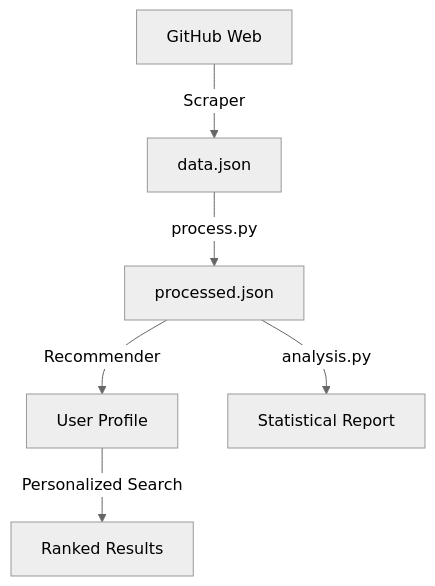
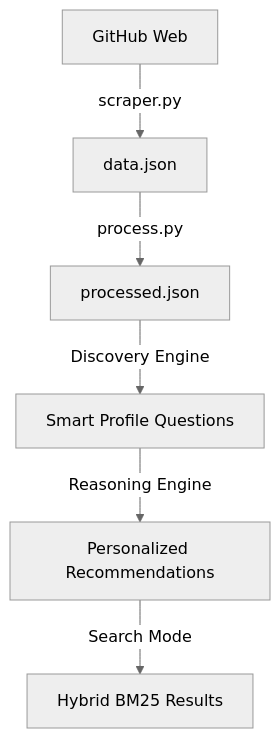
Before and after one commit to wildkemo/ir-project: the diagram in Pipeline.md, drawn with Mermaid (neutral theme). The commit also changed other lines of this file and 1 other file, not shown here.

````diff
--- a/Pipeline.md
+++ b/Pipeline.md
@@ -60,8 +56,8 @@
 ```mermaid
 graph TD
-    A[GitHub Web] -->|Scraper| B[data.json]
+    A[GitHub Web] -->|scraper.py| B[data.json]
     B -->|process.py| C[processed.json]
-    C -->|Recommender| D[User Profile]
-    D -->|Personalized Search| E[Ranked Results]
-    C -->|analysis.py| F[Statistical Report]
+    C -->|Discovery Engine| D[Smart Profile Questions]
+    D -->|Reasoning Engine| E[Personalized Recommendations]
+    E -->|Search Mode| F[Hybrid BM25 Results]
 ```
````
